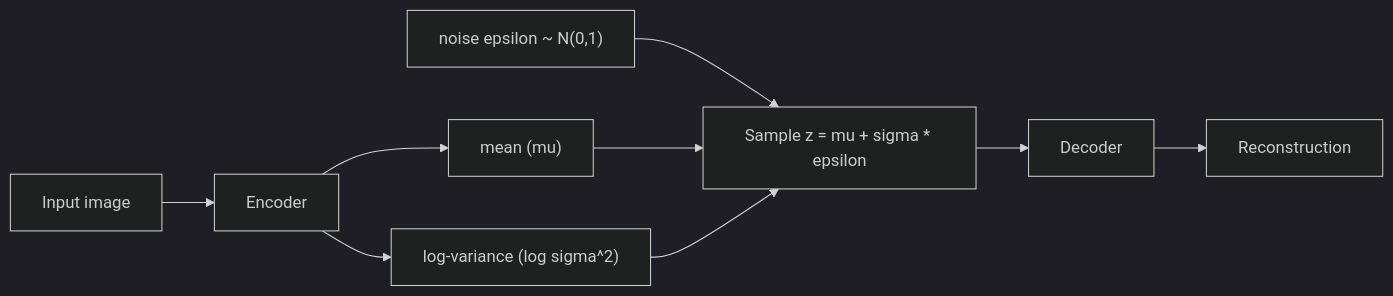
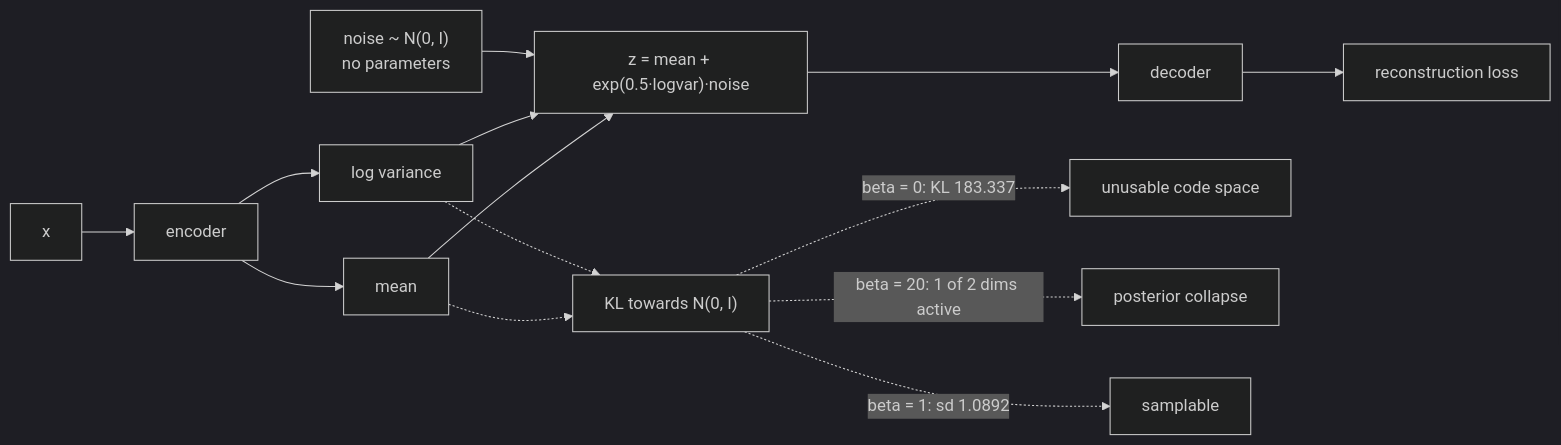
The diagram in src/content/docs/Deep Learning/Phase 06 - Generative Deep Learning/Variational Autoencoders (VAE).mdx (Ravikisha/PythonCentralHub), drawn with Mermaid (dark theme) before and after one commit. The commit also changed other lines of this file and 626 other files, not shown here.

````diff
--- a/src/content/docs/Deep Learning/Phase 06 - Generative Deep Learning/Variational Autoencoders (VAE).mdx
+++ b/src/content/docs/Deep Learning/Phase 06 - Generative Deep Learning/Variational Autoencoders (VAE).mdx
@@ -35,11 +146,16 @@
-```mermaid title="Variational Autoencoder: sample before you decode" desc="The encoder outputs a mean and log-variance instead of one coding; z is sampled from that distribution using the reparameterization trick, then decoded."
+```mermaid
 flowchart LR
-  X["Input image"] --> ENC["Encoder"]
-  ENC --> MU["mean (mu)"]
-  ENC --> LV["log-variance (log sigma^2)"]
-  EPS["noise epsilon ~ N(0,1)"] --> S["Sample z = mu + sigma * epsilon"]
-  MU --> S
-  LV --> S
-  S --> DEC["Decoder"]
-  DEC --> R["Reconstruction"]
+  A["x"] --> B["encoder"]
+  B --> C["mean"]
+  B --> D["log variance"]
+  C --> E["z = mean + exp(0.5·logvar)·noise"]
+  D --> E
+  F["noise ~ N(0, I)<br/>no parameters"] --> E
+  E --> G["decoder"]
+  G --> H["reconstruction loss"]
+  C -.-> I["KL towards N(0, I)"]
+  D -.-> I
+  I -.->|"beta = 0: KL 183.337"| J["unusable code space"]
+  I -.->|"beta = 20: 1 of 2 dims active"| K["posterior collapse"]
+  I -.->|"beta = 1: sd 1.0892"| L["samplable"]
 ```
````
